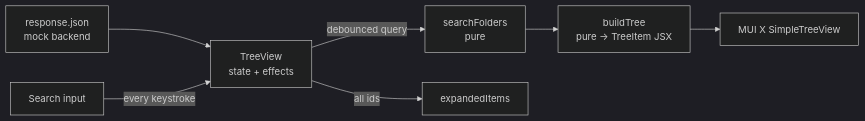
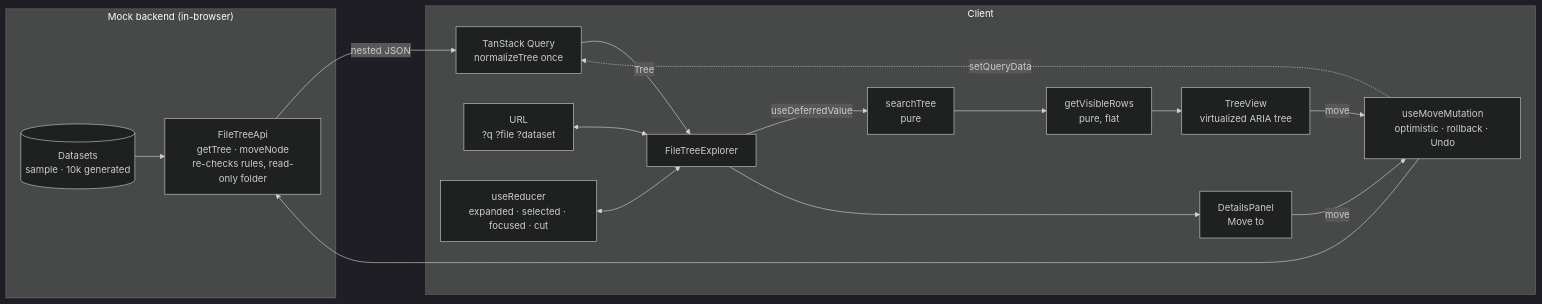
Before and after one commit to dianaasamkova/file-tree-explorer: the diagram in TECH.md, drawn with Mermaid (dark theme). The commit also changed other lines of this file and 4 other files, not shown here.

````diff
--- a/TECH.md
+++ b/TECH.md
@@ -17,9 +20,20 @@
 ```mermaid
 flowchart LR
-  JSON[response.json<br/>mock backend] --> TV[TreeView<br/>state + effects]
-  Input[Search input] -->|every keystroke| TV
-  TV -->|debounced query| SF[searchFolders<br/>pure]
-  SF --> BT[buildTree<br/>pure → TreeItem JSX]
-  BT --> MUI[MUI X SimpleTreeView]
-  TV -->|all ids| EXP[expandedItems]
+  subgraph Server["Mock backend (in-browser)"]
+    DS[(Datasets<br/>sample · 10k generated)] --> API[FileTreeApi<br/>getTree · moveNode<br/>re-checks rules, read-only folder]
+  end
+
+  subgraph Client
+    API -->|nested JSON| Q[TanStack Query<br/>normalizeTree once]
+    Q -->|Tree| E[FileTreeExplorer]
+    URL[URL<br/>?q ?file ?dataset] <--> E
+    R[useReducer<br/>expanded · selected · focused · cut] <--> E
+    E -->|useDeferredValue| S[searchTree<br/>pure]
+    S --> V[getVisibleRows<br/>pure, flat]
+    V --> T[TreeView<br/>virtualized ARIA tree]
+    E --> D[DetailsPanel<br/>Move to]
+    T & D -->|move| M[useMoveMutation<br/>optimistic · rollback · Undo]
+    M --> API
+    M -.->|setQueryData| Q
+  end
 ```
````
